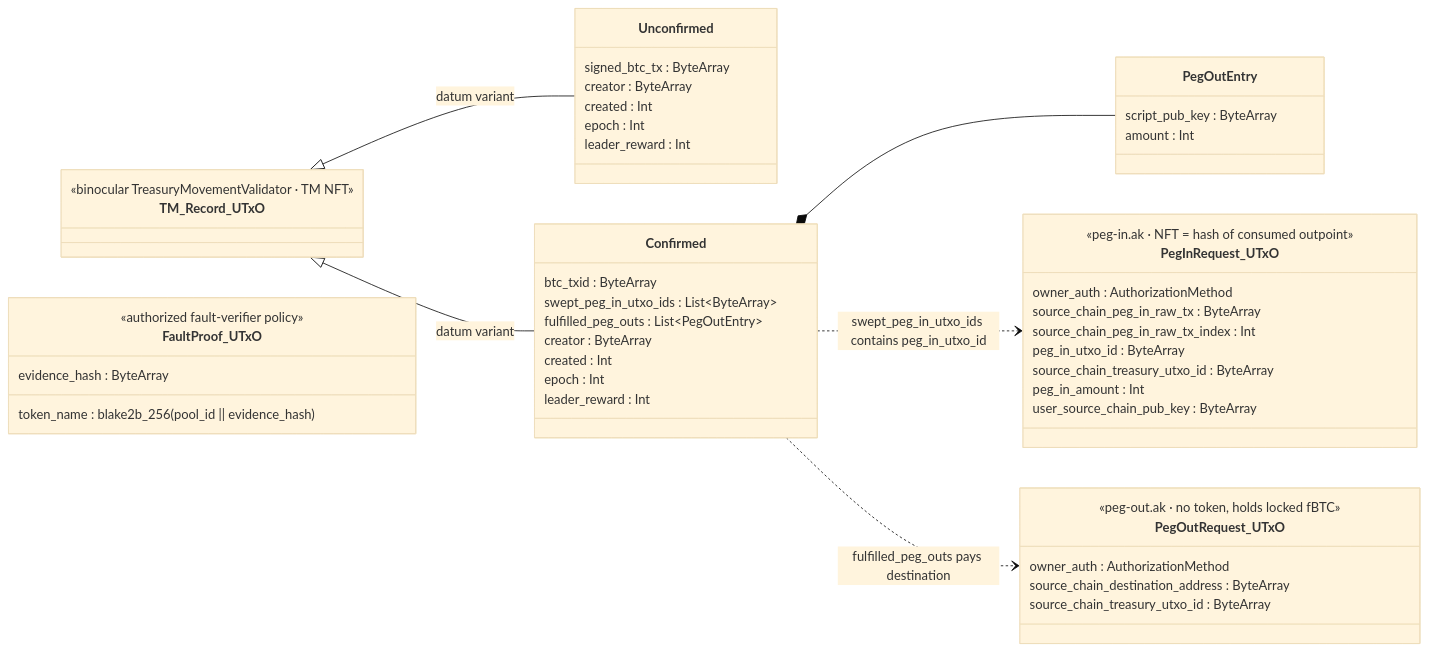
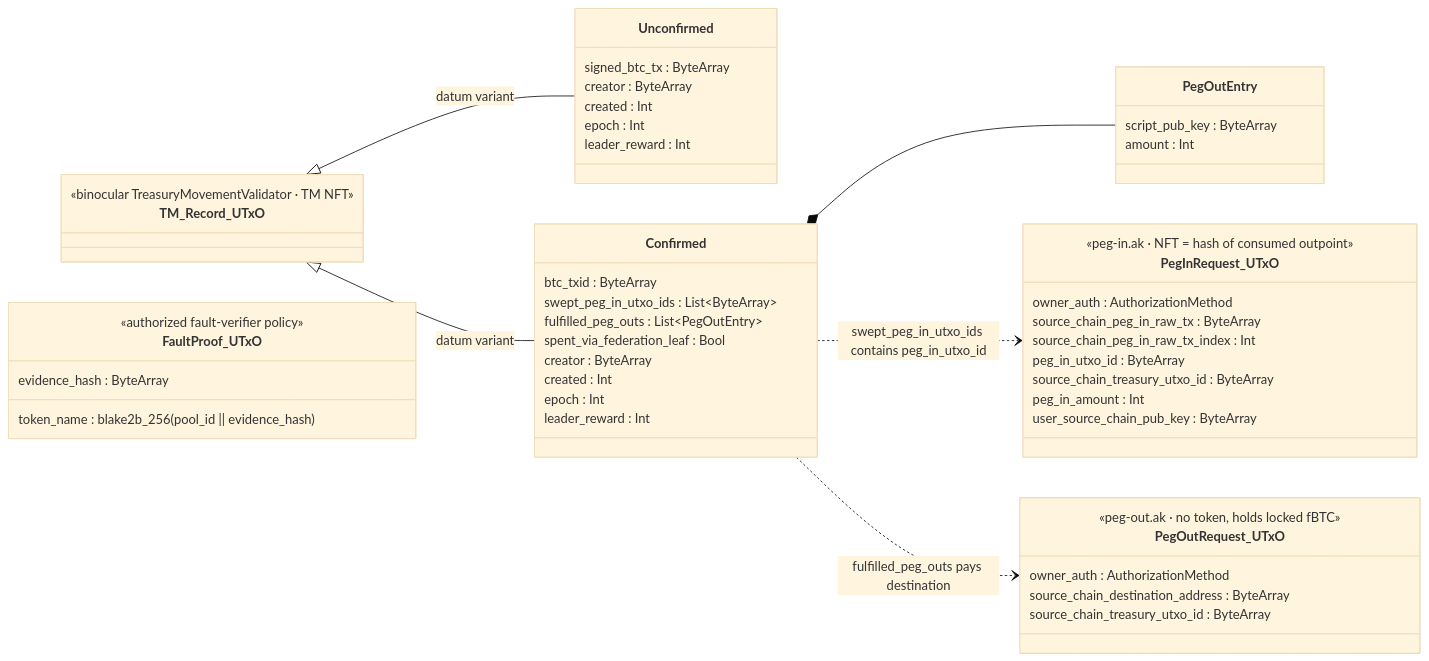
The third of 19 diagrams in documentation/technical_documentation.md (FluidTokens/ft-bifrost-bridge), drawn with Mermaid (base theme) before and after one commit. The commit also changed other lines of this file and 3 other files, not shown here.

````diff
--- a/documentation/technical_documentation.md
+++ b/documentation/technical_documentation.md
@@ -529,58 +529,59 @@
 ```mermaid
 classDiagram
     direction LR
 
     class PegInRequest_UTxO {
         <<peg-in.ak · NFT = hash of consumed outpoint>>
         owner_auth : AuthorizationMethod
         source_chain_peg_in_raw_tx : ByteArray
         source_chain_peg_in_raw_tx_index : Int
         peg_in_utxo_id : ByteArray
         source_chain_treasury_utxo_id : ByteArray
         peg_in_amount : Int
         user_source_chain_pub_key : ByteArray
     }
 
     class PegOutRequest_UTxO {
         <<peg-out.ak · no token, holds locked fBTC>>
         owner_auth : AuthorizationMethod
         source_chain_destination_address : ByteArray
         source_chain_treasury_utxo_id : ByteArray
     }
 
     class TM_Record_UTxO {
         <<binocular TreasuryMovementValidator · TM NFT>>
     }
     class Unconfirmed {
         signed_btc_tx : ByteArray
         creator : ByteArray
         created : Int
         epoch : Int
         leader_reward : Int
     }
     class Confirmed {
         btc_txid : ByteArray
         swept_peg_in_utxo_ids : List~ByteArray~
         fulfilled_peg_outs : List~PegOutEntry~
+        spent_via_federation_leaf : Bool
         creator : ByteArray
         created : Int
         epoch : Int
         leader_reward : Int
     }
     class PegOutEntry {
         script_pub_key : ByteArray
         amount : Int
     }
     TM_Record_UTxO <|-- Unconfirmed : datum variant
     TM_Record_UTxO <|-- Confirmed : datum variant
     Confirmed *-- PegOutEntry
 
     class FaultProof_UTxO {
         <<authorized fault-verifier policy>>
         token_name : blake2b_256(pool_id || evidence_hash)
         evidence_hash : ByteArray
     }
 
     Confirmed ..> PegInRequest_UTxO : swept_peg_in_utxo_ids contains peg_in_utxo_id
     Confirmed ..> PegOutRequest_UTxO : fulfilled_peg_outs pays destination
 ```
````
